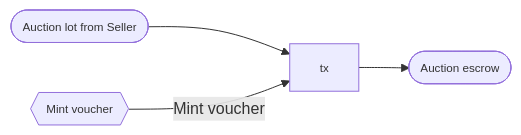
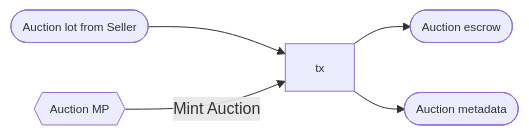
Before and after one commit to mlabs-haskell/hydra-auction: the third of 23 diagrams in docs/on_chain_spec.md, drawn with Mermaid. The commit also changed other lines of this file, not shown here.

````diff
--- a/docs/on_chain_spec.md
+++ b/docs/on_chain_spec.md
@@ -209,10 +162,10 @@
 ```mermaid
 flowchart LR
   input1([Auction lot from Seller]) --> tx
+  mint{{Auction MP}} -- Mint Auction --> tx
   tx --> output1([Auction escrow])
-  mint{{Mint voucher}}:::mint -- Mint voucher --> tx
-  tx
+  tx --> output2([Auction metadata])
 
   classDef default font-size:90%, overflow:visible;
   classDef reference stroke-dasharray: 5 5;
 ```
````
